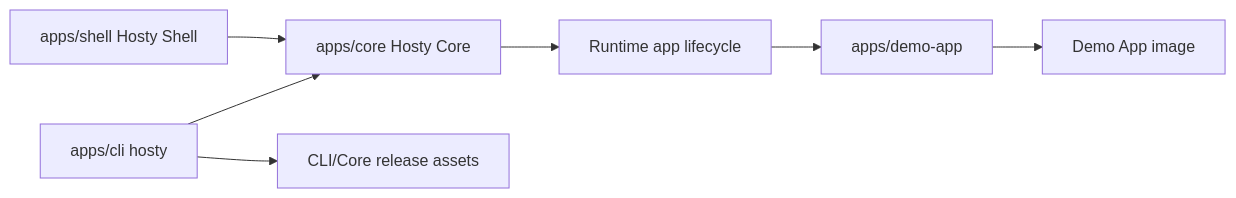
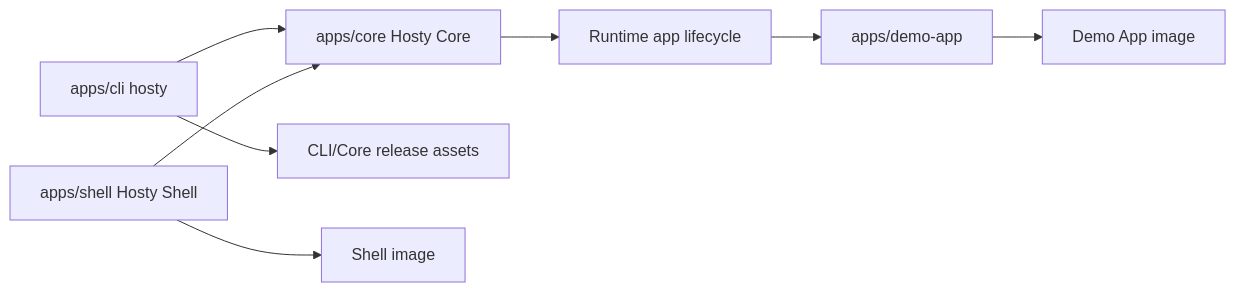
Before and after one commit to alex-de-haas/docker-host: the diagram in docs/features/repository-release-model.md, drawn with Mermaid. The commit also changed other lines of this file and 18 other files, not shown here.

Commit message:
Add Shell image workflow and manifest settings

````diff
--- a/docs/features/repository-release-model.md
+++ b/docs/features/repository-release-model.md
@@ -20,9 +20,10 @@
 ```mermaid
 flowchart LR
   CLI["apps/cli hosty"] --> Core["apps/core Hosty Core"]
   Shell["apps/shell Hosty Shell"] --> Core
   Core --> Runtime["Runtime app lifecycle"]
   Runtime --> Demo["apps/demo-app"]
   CLI --> Artifacts["CLI/Core release assets"]
+  Shell --> ShellImage["Shell image"]
   Demo --> DemoImage["Demo App image"]
 ```
````
